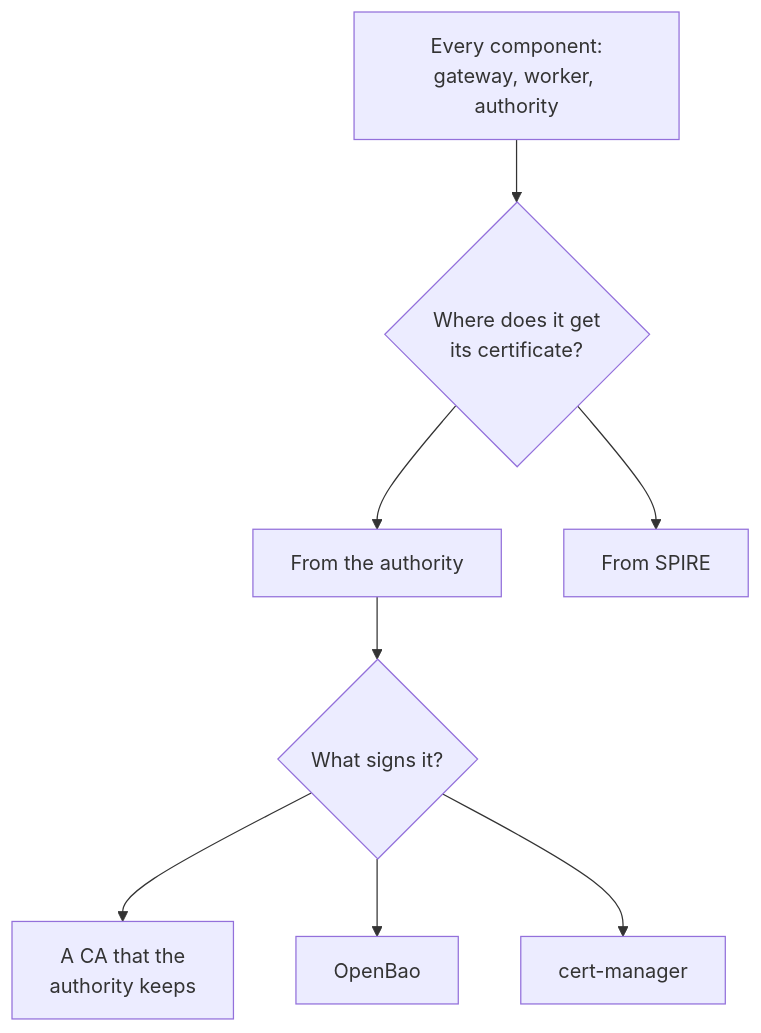
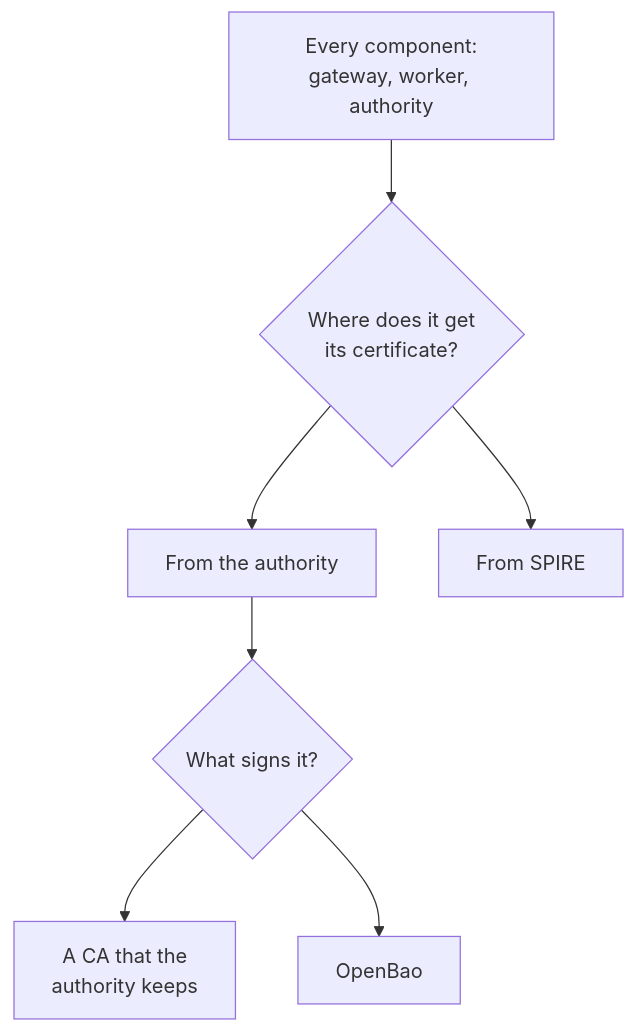
The first of 3 diagrams in teps/0007-workload-identity/README.md (tidegate-dev/enhancements), drawn with Mermaid before and after one commit. The commit also changed other lines of this file, not shown here.

````diff
--- a/teps/0007-workload-identity/README.md
+++ b/teps/0007-workload-identity/README.md
@@ -65,18 +70,16 @@
 ```mermaid
 flowchart TB
     component["Every component:<br>gateway, worker, authority"]
     source{"Where does it get<br>its certificate?"}
     authority["From the authority"]
     spire["From SPIRE"]
     signer{"What signs it?"}
     builtin["A CA that the<br>authority keeps"]
     openbao["OpenBao"]
-    certmanager["cert-manager"]
     component --> source
     source --> authority
     source --> spire
     authority --> signer
     signer --> builtin
     signer --> openbao
-    signer --> certmanager
 ```
````
